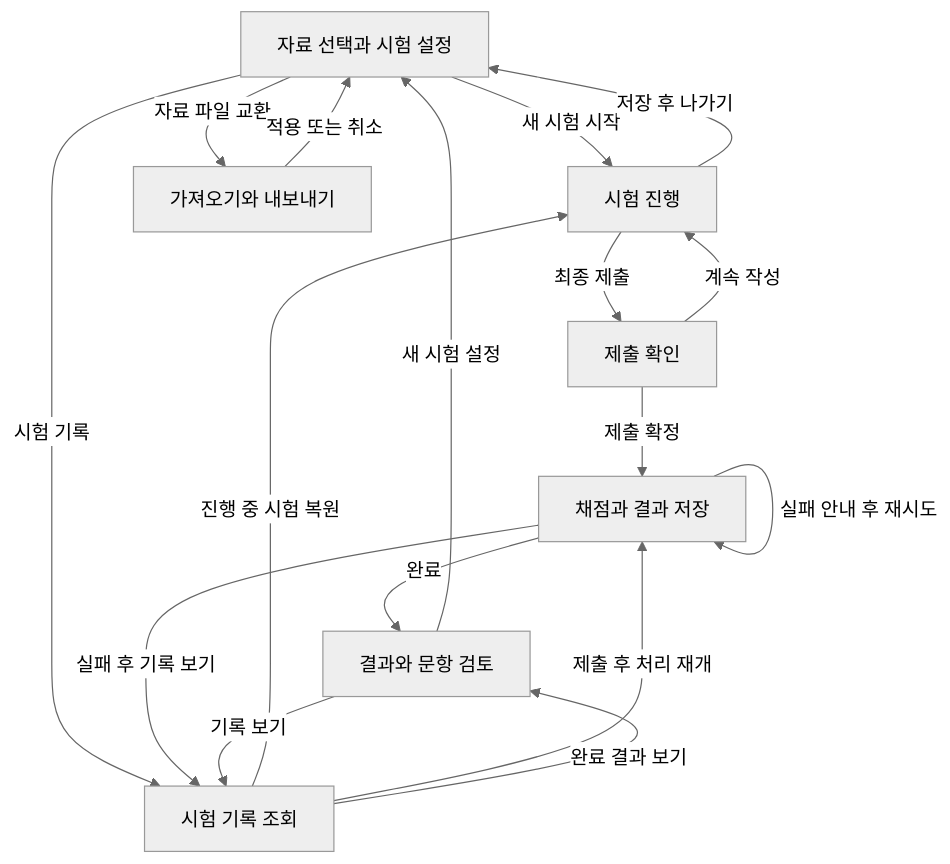
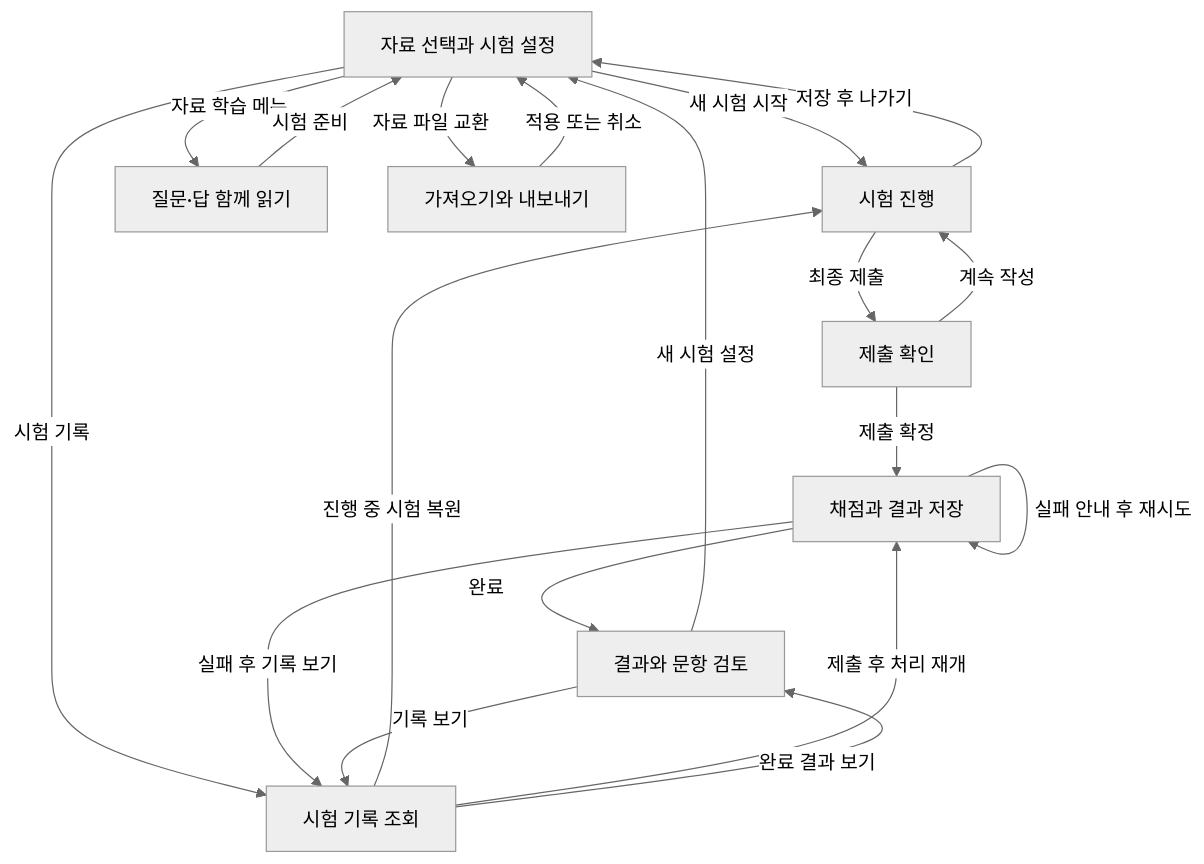
One commit to hominjang/StudyApp changed the diagram in Window/화면흐름/00_화면연결.md. Above: the diagram before and after it, drawn with Mermaid (neutral theme). The commit also changed other lines of this file and 138 other files, not shown here.

````diff
--- a/Window/화면흐름/00_화면연결.md
+++ b/Window/화면흐름/00_화면연결.md
@@ -7,19 +7,21 @@
 ```mermaid
 flowchart TD
     A[자료 선택과 시험 설정] -->|새 시험 시작| B[시험 진행]
+    A -->|자료 학습 메뉴| L[질문·답 함께 읽기]
+    L -->|시험 준비| A
     A -->|자료 파일 교환| I[가져오기와 내보내기]
     I -->|적용 또는 취소| A
     A -->|시험 기록| H[시험 기록 조회]
     B -->|최종 제출| C[제출 확인]
     C -->|계속 작성| B
     C -->|제출 확정| P[채점과 결과 저장]
     P -->|완료| R[결과와 문항 검토]
     P -->|실패 안내 후 재시도| P
     P -->|실패 후 기록 보기| H
     B -->|저장 후 나가기| A
     H -->|진행 중 시험 복원| B
     H -->|제출 후 처리 재개| P
     H -->|완료 결과 보기| R
     R -->|새 시험 설정| A
     R -->|기록 보기| H
 ```
````
